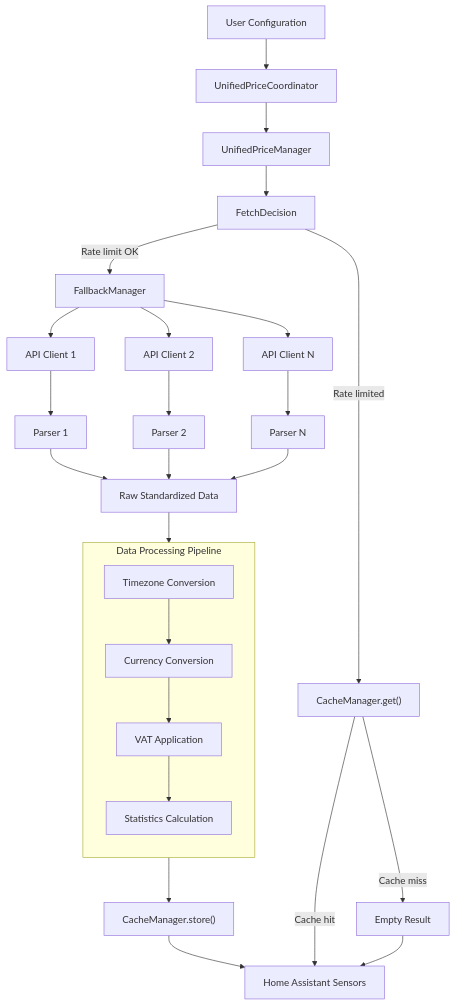
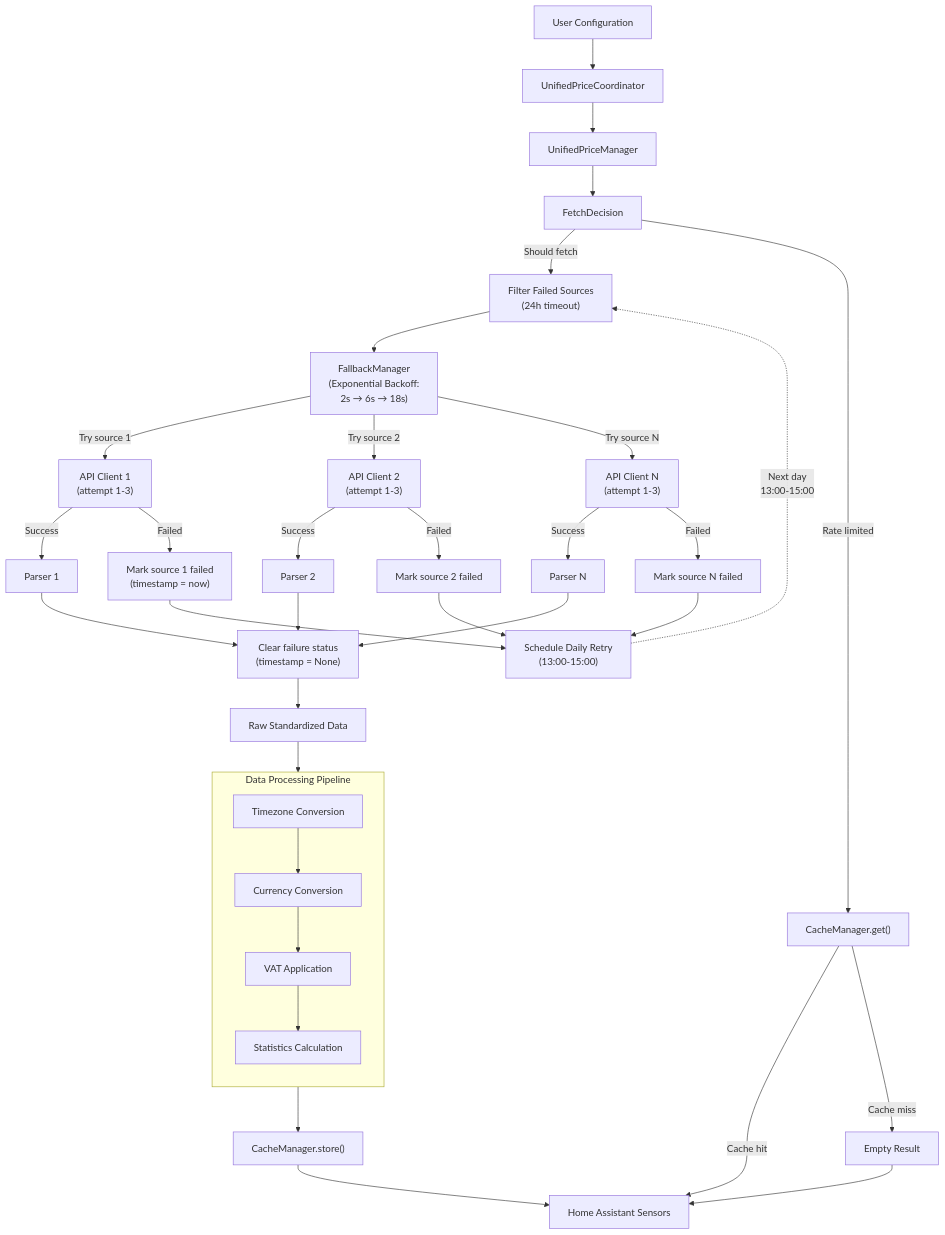
One commit to enoch85/ge-spot changed the first of 4 diagrams in README.md. Above: the diagram before and after it, drawn with Mermaid. The commit also changed other lines of this file and 1 other file, not shown here.

First line of the commit message:
Update README Mermaid diagrams for v1.3.3 architecture + fix duplicate timezone service

````diff
--- a/README.md
+++ b/README.md
@@ -490,37 +490,51 @@
 ```mermaid
 flowchart TD
     Config["User Configuration"] --> Coord["UnifiedPriceCoordinator"]
     Coord --> UPM["UnifiedPriceManager"]
     
     UPM --> FetchDecision["FetchDecision"]
-    FetchDecision --> |"Rate limit OK"| FallbackMgr["FallbackManager"]
+    FetchDecision --> |"Should fetch"| FilterSources["Filter Failed Sources<br/>(24h timeout)"]
     FetchDecision --> |"Rate limited"| Cache["CacheManager.get()"]
     
-    FallbackMgr --> API1["API Client 1"]
-    FallbackMgr --> API2["API Client 2"] 
-    FallbackMgr --> APIN["API Client N"]
+    FilterSources --> FallbackMgr["FallbackManager<br/>(Exponential Backoff:<br/>2s → 6s → 18s)"]
     
-    API1 --> Parser1["Parser 1"]
-    API2 --> Parser2["Parser 2"]
-    APIN --> ParserN["Parser N"]
+    FallbackMgr --> |"Try source 1"| API1["API Client 1<br/>(attempt 1-3)"]
+    FallbackMgr --> |"Try source 2"| API2["API Client 2<br/>(attempt 1-3)"] 
+    FallbackMgr --> |"Try source N"| APIN["API Client N<br/>(attempt 1-3)"]
     
-    Parser1 --> RawData["Raw Standardized Data"]
-    Parser2 --> RawData
-    ParserN --> RawData
+    API1 --> |"Success"| Parser1["Parser 1"]
+    API2 --> |"Success"| Parser2["Parser 2"]
+    APIN --> |"Success"| ParserN["Parser N"]
+    
+    API1 --> |"Failed"| MarkFailed1["Mark source 1 failed<br/>(timestamp = now)"]
+    API2 --> |"Failed"| MarkFailed2["Mark source 2 failed"]
+    APIN --> |"Failed"| MarkFailedN["Mark source N failed"]
+    
+    MarkFailed1 --> ScheduleRetry["Schedule Daily Retry<br/>(13:00-15:00)"]
+    MarkFailed2 --> ScheduleRetry
+    MarkFailedN --> ScheduleRetry
+    
+    Parser1 --> ClearFailed["Clear failure status<br/>(timestamp = None)"]
+    Parser2 --> ClearFailed
+    ParserN --> ClearFailed
+    
+    ClearFailed --> RawData["Raw Standardized Data"]
     
     RawData --> DataProcessor["DataProcessor"]
     
     subgraph DataProcessor["Data Processing Pipeline"]
         direction TB
         TZ["Timezone Conversion"] --> Currency["Currency Conversion"]
         Currency --> VAT["VAT Application"]
         VAT --> Stats["Statistics Calculation"]
     end
     
     DataProcessor --> CacheStore["CacheManager.store()"]
     CacheStore --> Sensors["Home Assistant Sensors"]
     
     Cache --> |"Cache hit"| Sensors
     Cache --> |"Cache miss"| EmptyResult["Empty Result"]
     EmptyResult --> Sensors
+    
+    ScheduleRetry -.-> |"Next day<br/>13:00-15:00"| FilterSources
 ```
````
